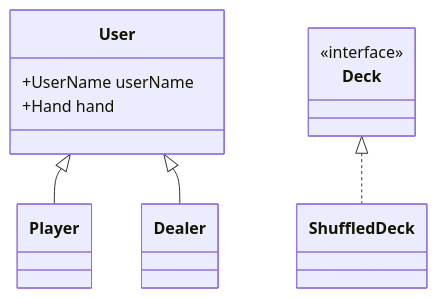
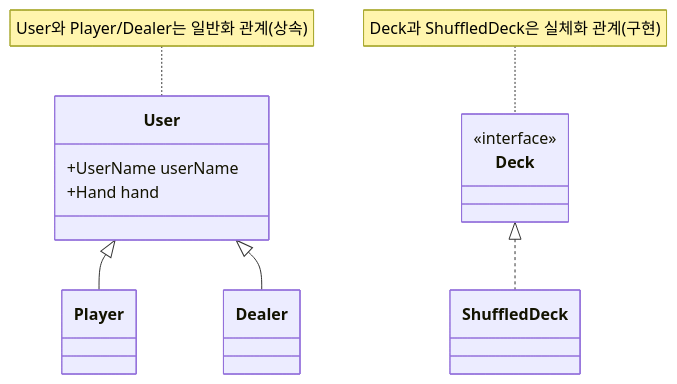
The second of 3 diagrams in README.md (woowacourse/java-blackjack), drawn with Mermaid before and after one commit. The commit also changed other lines of this file, not shown here.

Commit message:
docs: 클래스 다이어그램 내부에 설명 문구 추가

````diff
--- a/README.md
+++ b/README.md
@@ -26,11 +27,13 @@
 ```mermaid
 classDiagram
     User <|-- Player
     User <|-- Dealer
     Deck <|.. ShuffledDeck
     <<interface>> Deck
+    note for User "User와 Player/Dealer는 일반화 관계(상속)"
+    note for Deck "Deck과 ShuffledDeck은 실체화 관계(구현)"
     class User {
-    +UserName userName
-    +Hand hand
+        +UserName userName
+        +Hand hand
     }
 ```
````
